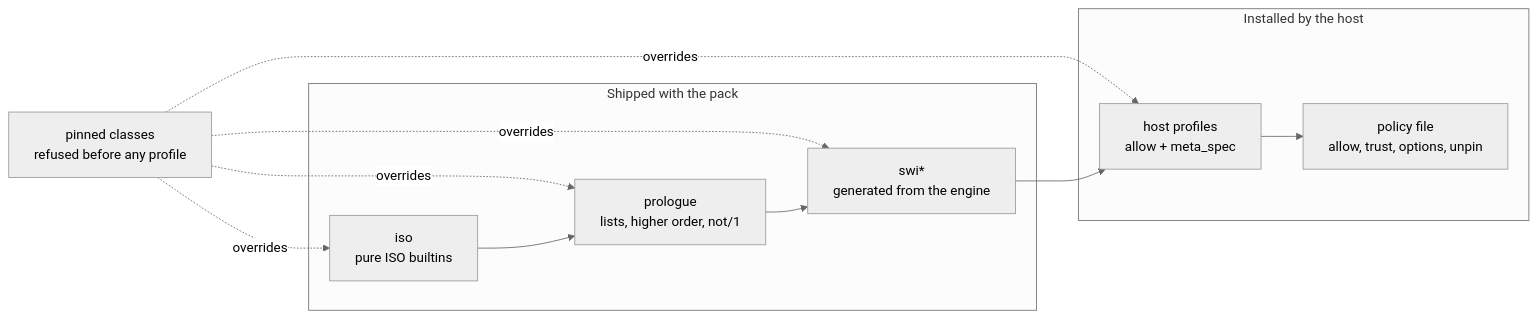
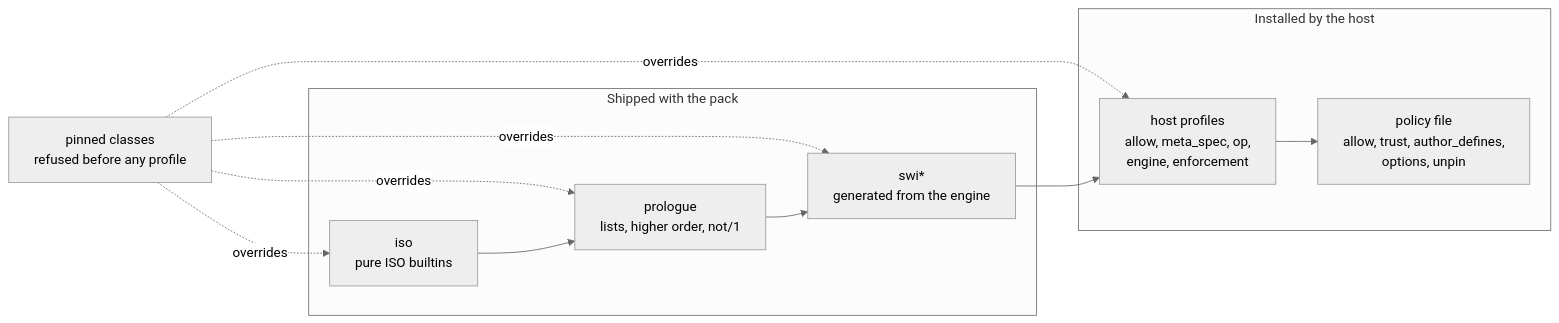
Before and after one commit to DataGrout/hornguard: the third of 3 diagrams in docs/architecture.md, drawn with Mermaid (neutral theme). The commit also changed other lines of this file, not shown here.

First line of the commit message:
architecture diagrams match the walk and the policy

````diff
--- a/docs/architecture.md
+++ b/docs/architecture.md
@@ -250,14 +260,14 @@
 ```mermaid
 flowchart LR
     subgraph shipped [Shipped with the pack]
         ISO[iso<br/>pure ISO builtins]
         PRO[prologue<br/>lists, higher order, not/1]
         SWI[swi*<br/>generated from the engine]
     end
     subgraph host [Installed by the host]
-        HOSTP[host profiles<br/>allow + meta_spec]
-        POL[policy file<br/>allow, trust, options, unpin]
+        HOSTP[host profiles<br/>allow, meta_spec, op,<br/>engine, enforcement]
+        POL[policy file<br/>allow, trust, author_defines,<br/>options, unpin]
     end
     PIN[pinned classes<br/>refused before any profile] -.->|overrides| ISO & PRO & SWI & HOSTP
     ISO --> PRO --> SWI --> HOSTP --> POL
 ```
````
